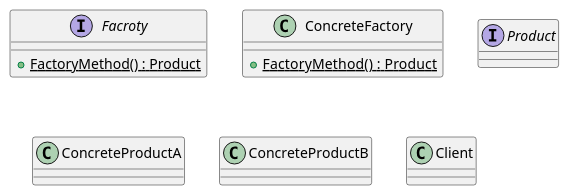
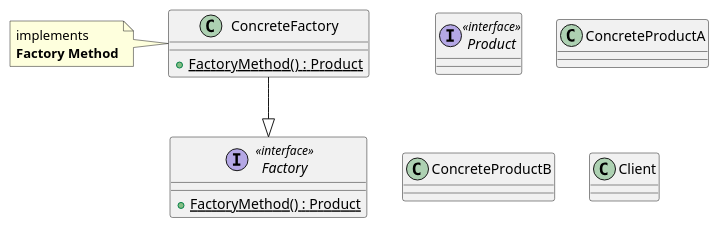
The diagram in plantUML/prova/prova.puml (AndreaMoschetto/dp-examples), drawn with PlantUML before and after one commit.

Commit message:
fixed prova.uml file

```diff
--- a/plantUML/prova/prova.puml
+++ b/plantUML/prova/prova.puml
@@ -1,25 +1,31 @@
 @startuml Factory Method
 
-interface Facroty{
+interface Factory<<interface>>{
     + {static} FactoryMethod() : Product
 }
 
 class ConcreteFactory{
     + {static} FactoryMethod() :  Product 
+    
 }
+note left 
+    implements 
+    <b>Factory Method</b>
+end note
 
-interface Product
+interface Product<<interface>>
 
 class ConcreteProductA
 class ConcreteProductB
 
 class Client
 
 
+ConcreteFactory --|> Factory
 
 
 
 
 
 
 @enduml
```
